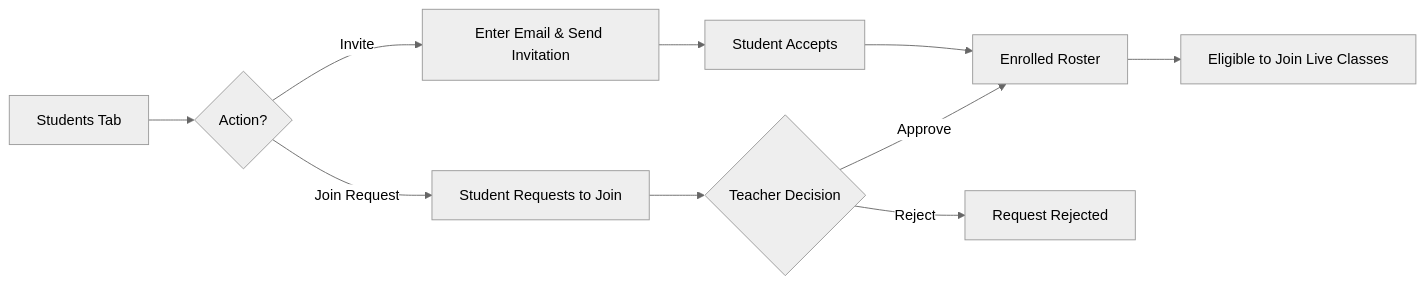
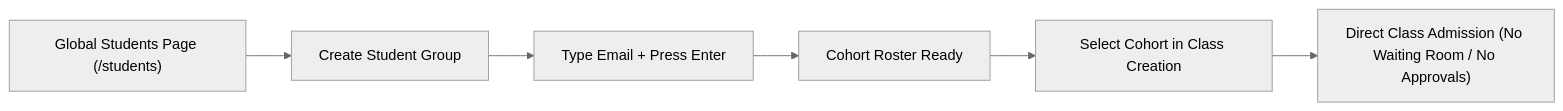
Diagram 26 of 28 in docs/architecture/flow.md (shreyas0b0acharya/IntelliClass-AI-Gemini-Live), drawn with Mermaid (neutral theme) before and after one commit. The commit also changed other lines of this file and 99 other files, not shown here.

````diff
--- a/docs/architecture/flow.md
+++ b/docs/architecture/flow.md
@@ -875,9 +943,8 @@
 ```mermaid
 flowchart LR
-    StudentsTab["Students Tab"] --> ChooseAction{"Action?"}
-    ChooseAction -->|"Invite"| SendInv["Enter Email & Send Invitation"] --> Await["Student Accepts"] --> Enrolled["Enrolled Roster"]
-    ChooseAction -->|"Join Request"| PendingReq["Student Requests to Join"] --> ReviewReq{"Teacher Decision"}
-    ReviewReq -->|"Approve"| Enrolled
-    ReviewReq -->|"Reject"| Rejected["Request Rejected"]
-    Enrolled --> ClassroomEligible["Eligible to Join Live Classes"]
+    GlobalPage["Global Students Page (/students)"] --> CreateGrp["Create Student Group"]
+    CreateGrp --> FastAdd["Type Email + Press Enter"]
+    FastAdd --> ReadyCohort["Cohort Roster Ready"]
+    ReadyCohort --> AssignClass["Select Cohort in Class Creation"]
+    AssignClass --> AutoAdmit["Direct Class Admission (No Waiting Room / No Approvals)"]
 ```
````
